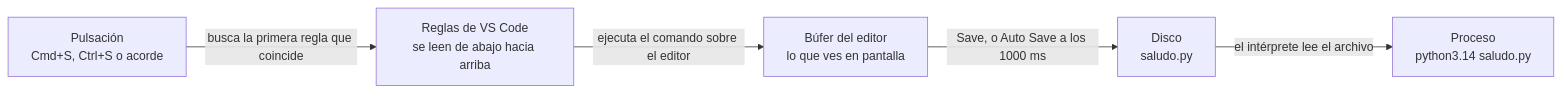
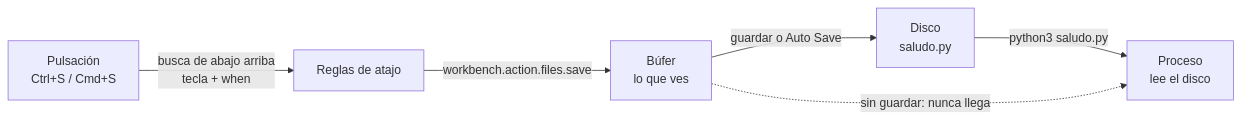
The seventh of 7 diagrams in web/public/content/foundations/modulo-0.md (NICORUIZ93/The_Imperial_Book), drawn with Mermaid before and after one commit. The commit also changed other lines of this file, not shown here.

````diff
--- a/web/public/content/foundations/modulo-0.md
+++ b/web/public/content/foundations/modulo-0.md
@@ -453,12 +1531,8 @@
 ```mermaid
 flowchart LR
-    B["Búfer del editor<br/>lo que ves en pantalla"]
-    D["Disco<br/>saludo.py"]
-    P["Proceso<br/>python3.14 saludo.py"]
-    K["Pulsación<br/>Cmd+S, Ctrl+S o acorde"]
-    R["Reglas de VS Code<br/>se leen de abajo hacia arriba"]
-    B -->|"Save, o Auto Save a los 1000 ms"| D
-    D -->|"el intérprete lee el archivo"| P
-    K -->|"busca la primera regla que coincide"| R
-    R -->|"ejecuta el comando sobre el editor"| B
+    K["Pulsación<br/>Ctrl+S / Cmd+S"] -->|"busca de abajo arriba<br/>tecla + when"| R["Reglas de atajo"]
+    R -->|"workbench.action.files.save"| B["Búfer<br/>lo que ves"]
+    B -->|"guardar o Auto Save"| D["Disco<br/>saludo.py"]
+    D -->|"python3 saludo.py"| P["Proceso<br/>lee el disco"]
+    B -.->|"sin guardar: nunca llega"| P
 ```
````
